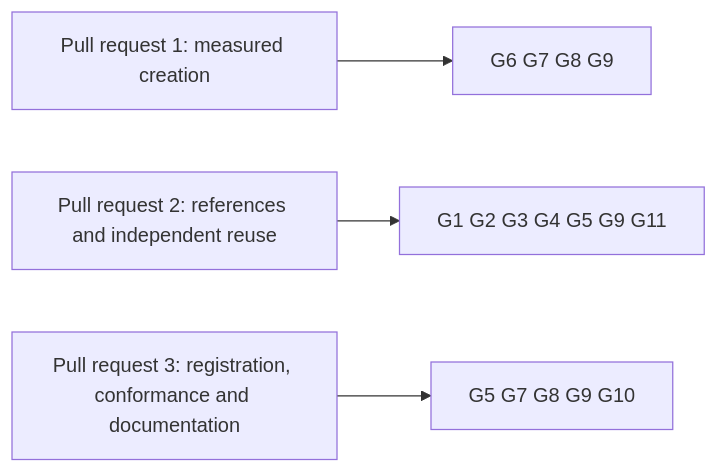
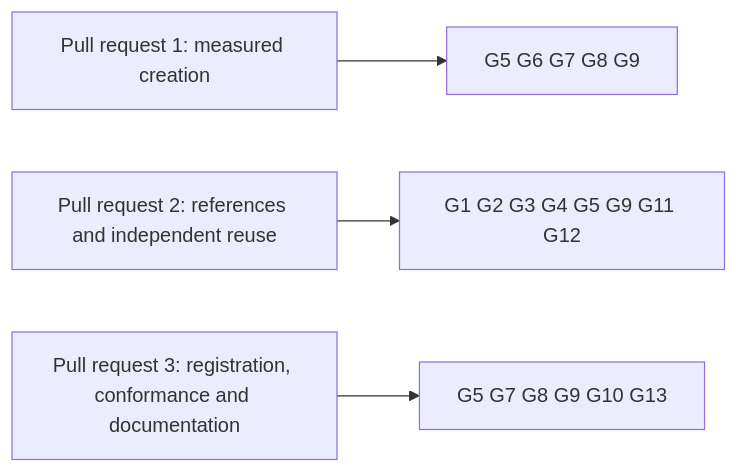
One commit to lambdasistemi/singular changed the diagram in specs/745-shared-publications/gate.md. Above: the diagram before and after it, drawn with Mermaid. The commit also changed other lines of this file and 3 other files, not shown here.

````diff
--- a/specs/745-shared-publications/gate.md
+++ b/specs/745-shared-publications/gate.md
@@ -34,6 +36,6 @@
 ```mermaid
 flowchart LR
-    P1[Pull request 1: measured creation] --> R1[G6 G7 G8 G9]
-    P2[Pull request 2: references and independent reuse] --> R2[G1 G2 G3 G4 G5 G9 G11]
-    P3[Pull request 3: registration, conformance and documentation] --> R3[G5 G7 G8 G9 G10]
+    P1[Pull request 1: measured creation] --> R1[G5 G6 G7 G8 G9]
+    P2[Pull request 2: references and independent reuse] --> R2[G1 G2 G3 G4 G5 G9 G11 G12]
+    P3[Pull request 3: registration, conformance and documentation] --> R3[G5 G7 G8 G9 G10 G13]
 ```
````
